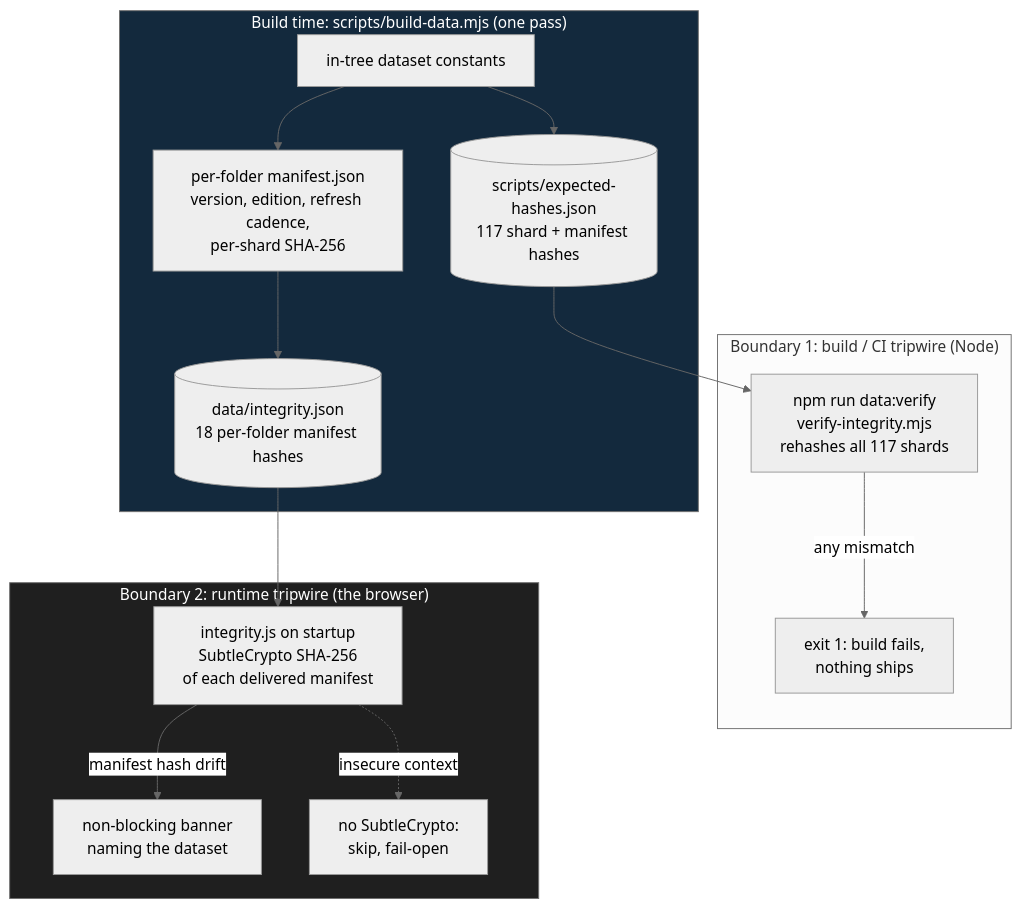
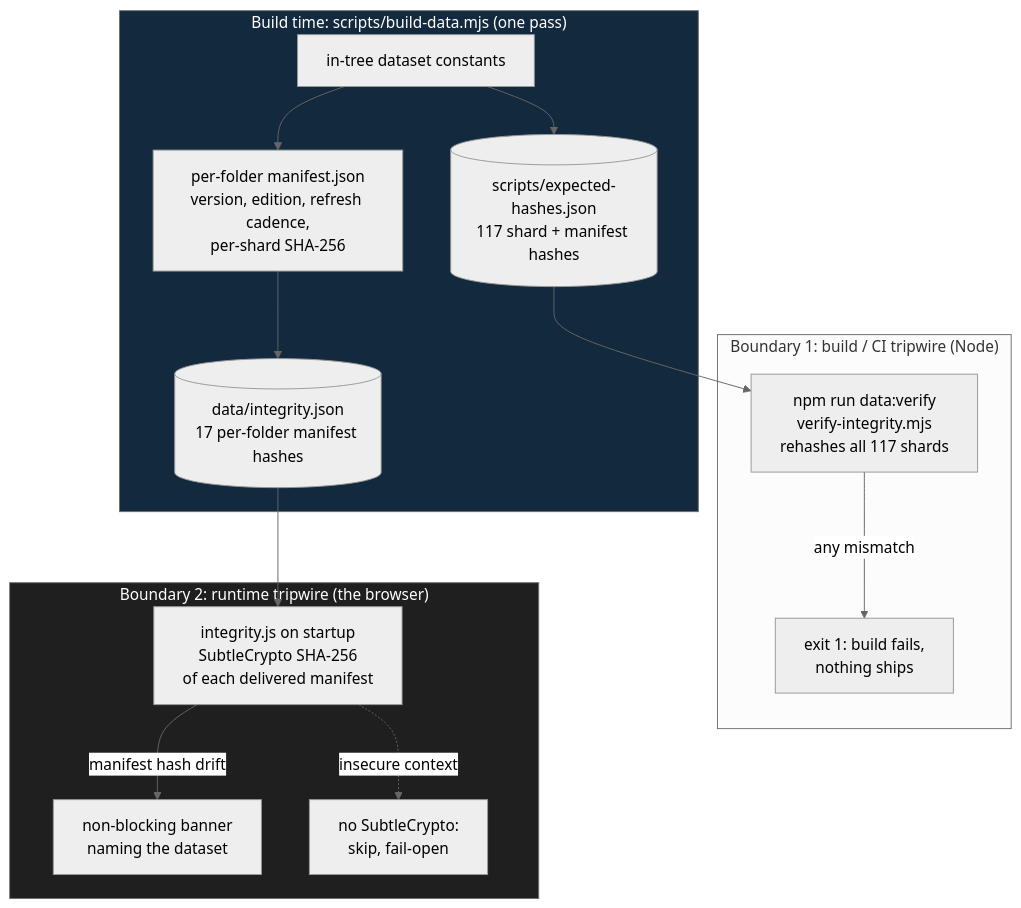
One commit to clay-good/roughlogic.com changed the fourth of 8 diagrams in README.md. Above: the diagram before and after it, drawn with Mermaid (neutral theme). The commit also changed other lines of this file, not shown here.

First line of the commit message:
docs: fix stale README figures (spec range v206->v241, integrity manifest count 18->17)

````diff
--- a/README.md
+++ b/README.md
@@ -206,25 +206,25 @@
 ```mermaid
 flowchart TB
     subgraph BUILD["Build time: scripts/build-data.mjs (one pass)"]
         SRC[in-tree dataset constants]
         SRC --> MAN["per-folder manifest.json\nversion, edition, refresh cadence,\nper-shard SHA-256"]
         SRC --> EXP[("scripts/expected-hashes.json\n117 shard + manifest hashes")]
-        MAN --> SIDE[("data/integrity.json\n18 per-folder manifest hashes")]
+        MAN --> SIDE[("data/integrity.json\n17 per-folder manifest hashes")]
     end
     subgraph CI["Boundary 1: build / CI tripwire (Node)"]
         VER["npm run data:verify\nverify-integrity.mjs\nrehashes all 117 shards"]
         FAIL["exit 1: build fails,\nnothing ships"]
         EXP --> VER
         VER -->|any mismatch| FAIL
     end
     subgraph RUNTIME["Boundary 2: runtime tripwire (the browser)"]
         IJS["integrity.js on startup\nSubtleCrypto SHA-256\nof each delivered manifest"]
         BAN["non-blocking banner\nnaming the dataset"]
         SKIP[no SubtleCrypto:\nskip, fail-open]
         SIDE --> IJS
         IJS -->|manifest hash drift| BAN
         IJS -.insecure context.-> SKIP
     end
     style BUILD fill:#13293d,color:#fff
     style RUNTIME fill:#1f1f1f,color:#fff
 ```
````
